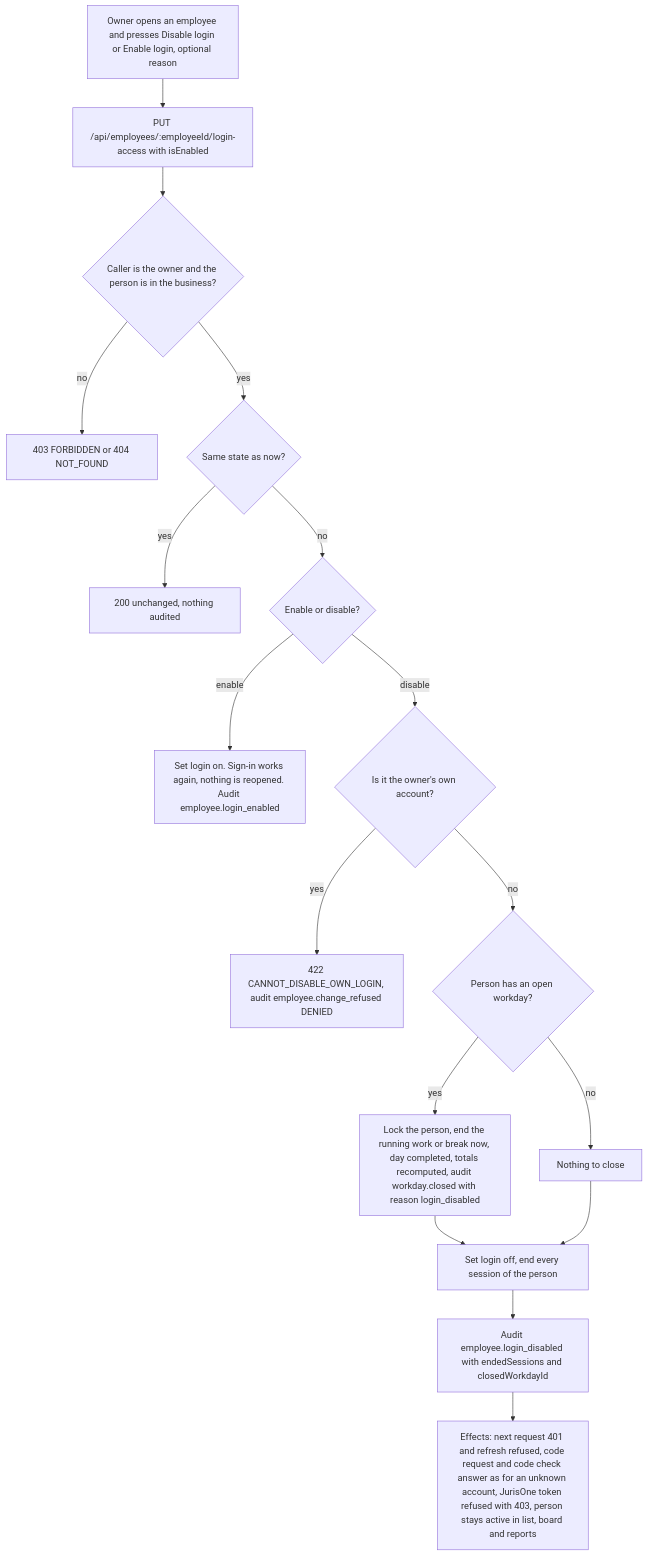
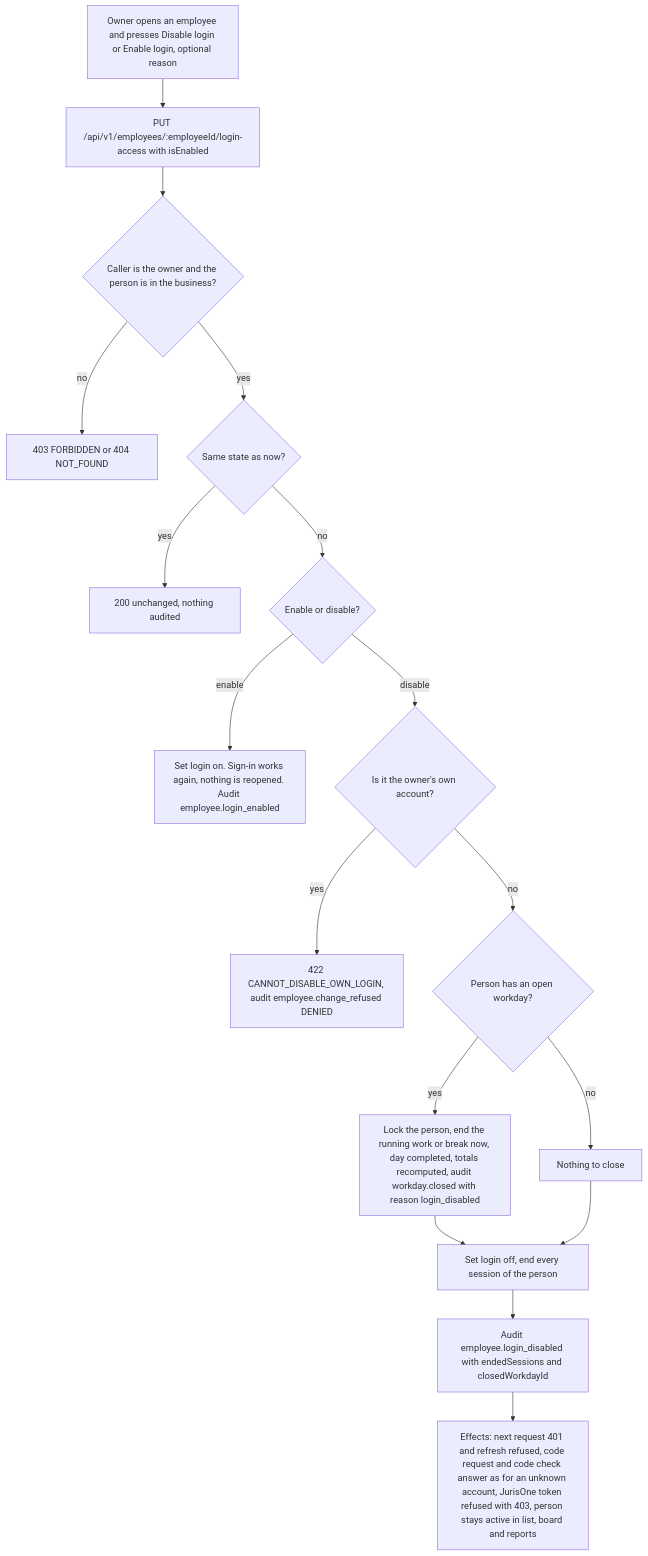
One commit to amitjurislpo/juris-track changed diagram 20 of 21 in references/FLOW-JurisTrack.md. Above: the diagram before and after it, drawn with Mermaid. The commit also changed other lines of this file and 100 other files, not shown here.

````diff
--- a/references/FLOW-JurisTrack.md
+++ b/references/FLOW-JurisTrack.md
@@ -656,19 +656,19 @@
 ```mermaid
 flowchart TD
-    A["Owner opens an employee and presses Disable login or Enable login, optional reason"] --> B["PUT /api/employees/:employeeId/login-access with isEnabled"]
+    A["Owner opens an employee and presses Disable login or Enable login, optional reason"] --> B["PUT /api/v1/employees/:employeeId/login-access with isEnabled"]
     B --> C{"Caller is the owner and the person is in the business?"}
     C -->|"no"| X1["403 FORBIDDEN or 404 NOT_FOUND"]
     C -->|"yes"| D{"Same state as now?"}
     D -->|"yes"| G["200 unchanged, nothing audited"]
     D -->|"no"| E{"Enable or disable?"}
     E -->|"enable"| ON["Set login on. Sign-in works again, nothing is reopened. Audit employee.login_enabled"]
     E -->|"disable"| F{"Is it the owner's own account?"}
     F -->|"yes"| R1["422 CANNOT_DISABLE_OWN_LOGIN, audit employee.change_refused DENIED"]
     F -->|"no"| H{"Person has an open workday?"}
     H -->|"yes"| K["Lock the person, end the running work or break now, day completed, totals recomputed, audit workday.closed with reason login_disabled"]
     H -->|"no"| L["Nothing to close"]
     K --> M["Set login off, end every session of the person"]
     L --> M
     M --> N["Audit employee.login_disabled with endedSessions and closedWorkdayId"]
     N --> O["Effects: next request 401 and refresh refused, code request and code check answer as for an unknown account, JurisOne token refused with 403, person stays active in list, board and reports"]
 ```
````
